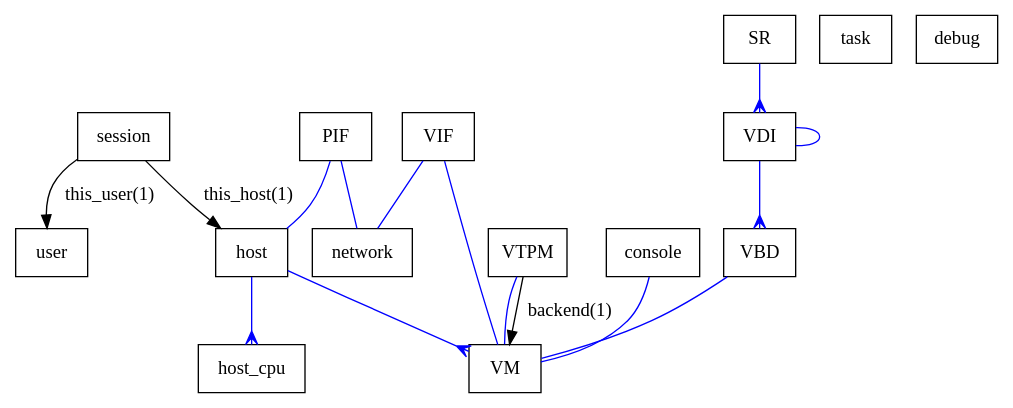
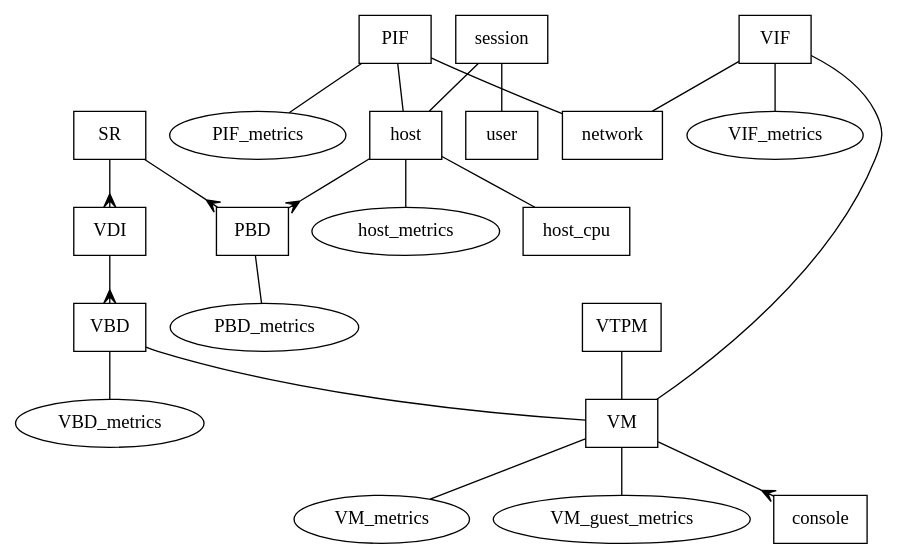
The diagram in docs/xen-api/xenapi-datamodel-graph.dot (avsm/xen-unstable), drawn with Graphviz before and after one commit. The commit also changed 2 other files, not shown here.

Commit message:
Update the datamodel class diagram, and use neato rather than dot, which gives a much better result.

```diff
--- a/docs/xen-api/xenapi-datamodel-graph.dot
+++ b/docs/xen-api/xenapi-datamodel-graph.dot
@@ -1,18 +1,31 @@
-digraph g{
-node [ shape=box ]; session [ URL="session.html" ] task [ URL="task.html" ] VM [ URL="VM.html" ] host [ URL="host.html" ] host_cpu [ URL="host_cpu.html" ] network [ URL="network.html" ] VIF [ URL="VIF.html" ] PIF [ URL="PIF.html" ] SR [ URL="SR.html" ] VDI [ URL="VDI.html" ] VBD [ URL="VBD.html" ] VTPM [ URL="VTPM.html" ] console [ URL="console.html" ] user [ URL="user.html" ] debug [ URL="debug.html" ];
-session -> host [ label="this_host(1)" ]
-session -> user [ label="this_user(1)" ]
-host -> VM [ color="blue", arrowhead="crow", arrowtail="none" ]
-host -> host_cpu [ color="blue", arrowhead="crow", arrowtail="none" ]
-VIF -> VM [ color="blue", arrowhead="none", arrowtail="crow" ]
-VIF -> network [ color="blue", arrowhead="none", arrowtail="crow" ]
-PIF -> host [ color="blue", arrowhead="none", arrowtail="crow" ]
-PIF -> network [ color="blue", arrowhead="none", arrowtail="crow" ]
-SR -> VDI [ color="blue", arrowhead="crow", arrowtail="none" ]
-VDI -> VBD [ color="blue", arrowhead="crow", arrowtail="none" ]
-VDI -> VDI [ color="blue", arrowhead="none", arrowtail="crow" ]
-VBD -> VM [ color="blue", arrowhead="none", arrowtail="crow" ]
-VTPM -> VM [ label="backend(1)" ]
-VTPM -> VM [ color="blue", arrowhead="none", arrowtail="crow" ]
-console -> VM [ color="blue", arrowhead="none", arrowtail="crow" ]
+# Hand edited class diagram for the SDK -- HTML version
+# this one mentions all the classes so the imagemap works
+
+digraph "Xen-API Class Diagram" {
+fontname="Verdana";
+
+node [ shape=box ]; session VM host network VIF PIF SR VDI VBD PBD user;
+node [shape=ellipse]; PIF_metrics VIF_metrics VM_metrics VBD_metrics PBD_metrics VM_guest_metrics host_metrics;
+node [shape=box]; host_cpu console
+session -> host [ arrowhead="none" ]
+session -> user [ arrowhead="none" ]
+VM -> VM_metrics [ arrowhead="none" ]
+VM -> VM_guest_metrics [ arrowhead="none" ]
+VM -> console [ arrowhead="crow" ]
+host -> PBD [ arrowhead="crow", arrowtail="none" ]
+host -> host_metrics [ arrowhead="none" ]
+host -> host_cpu [ arrowhead="none" ]
+VIF -> VM [ arrowhead="none", arrowtail="crow" ]
+VIF -> network [ arrowhead="none", arrowtail="crow" ]
+VIF -> VIF_metrics [ arrowhead="none" ]
+PIF -> host [ arrowhead="none", arrowtail="crow" ]
+PIF -> network [ arrowhead="none", arrowtail="crow" ]
+PIF -> PIF_metrics [ arrowhead="none" ]
+SR -> PBD [ arrowhead="crow", arrowtail="none" ]
+PBD -> PBD_metrics [ arrowhead="none" ]
+SR -> VDI [ arrowhead="crow", arrowtail="none" ]
+VDI -> VBD [ arrowhead="crow", arrowtail="none" ]
+VBD -> VM [ arrowhead="none", arrowtail="crow" ]
+VTPM -> VM [ arrowhead="none", arrowtail="crow" ]
+VBD -> VBD_metrics [ arrowhead="none" ]
 }
```
